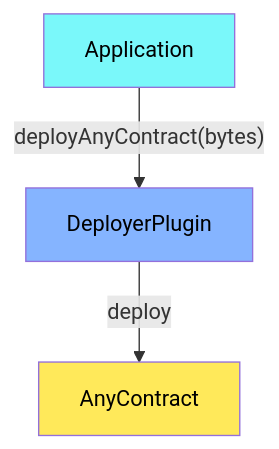
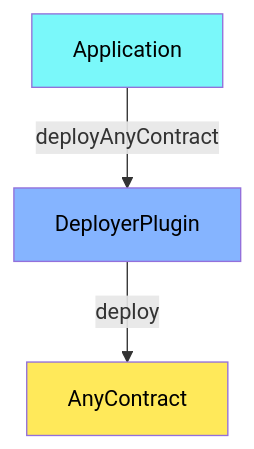
Before and after one commit to Mugen-Builders/echo-plus-deroll: the second of 5 diagrams in contracts/README.md, drawn with Mermaid.

````diff
--- a/contracts/README.md
+++ b/contracts/README.md
@@ -44,13 +44,13 @@
 ```mermaid
 graph TD
     classDef core fill:#ffe95a,color:#000
     classDef external fill:#85b4ff,color:#000
     classDef master fill: #7AF8FA,color:#000
 
     Application:::master
     AnyContract:::core
     DeployerPlugin:::external
 
-    Application -- deployAnyContract(bytes) --> DeployerPlugin
+    Application -- deployAnyContract --> DeployerPlugin
     DeployerPlugin -- deploy --> AnyContract
 ```
````
